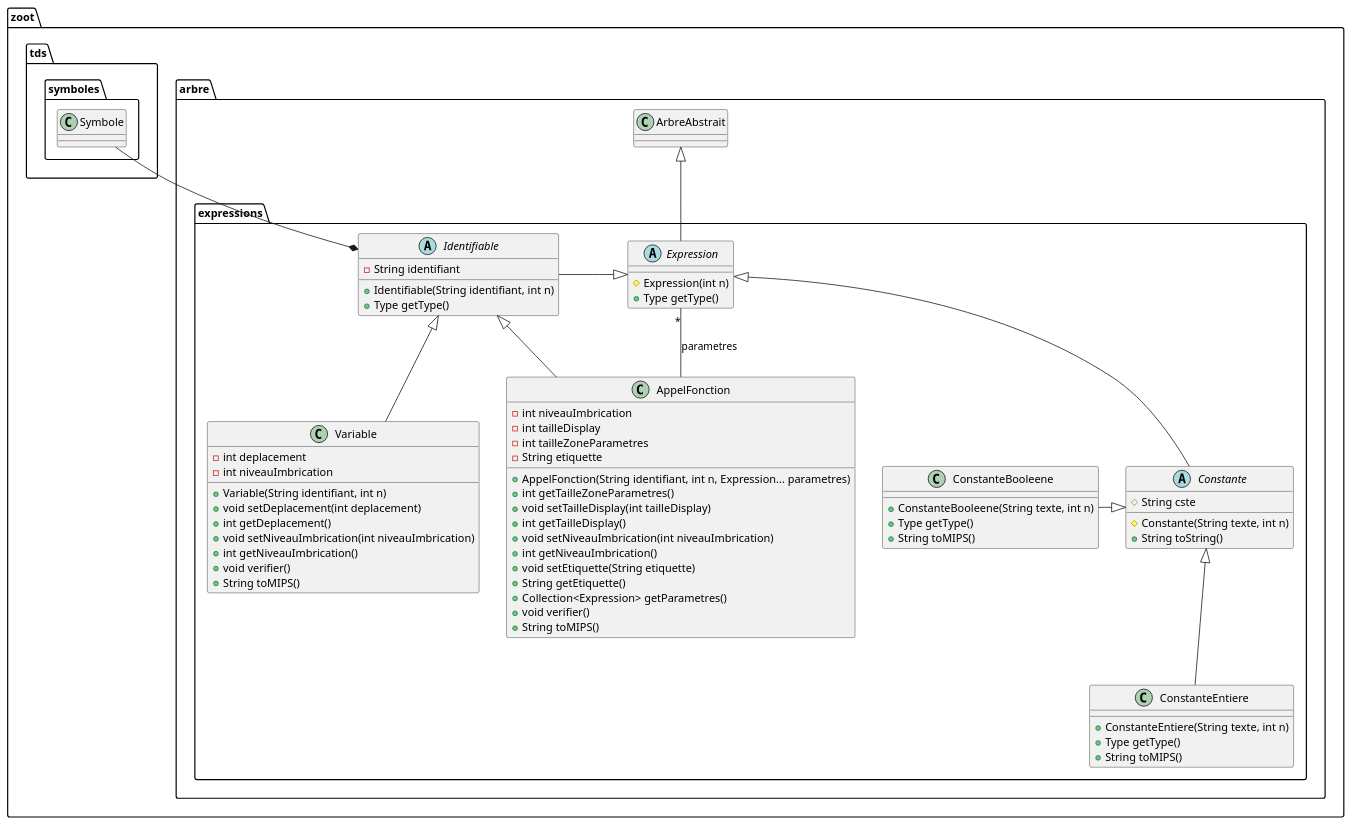
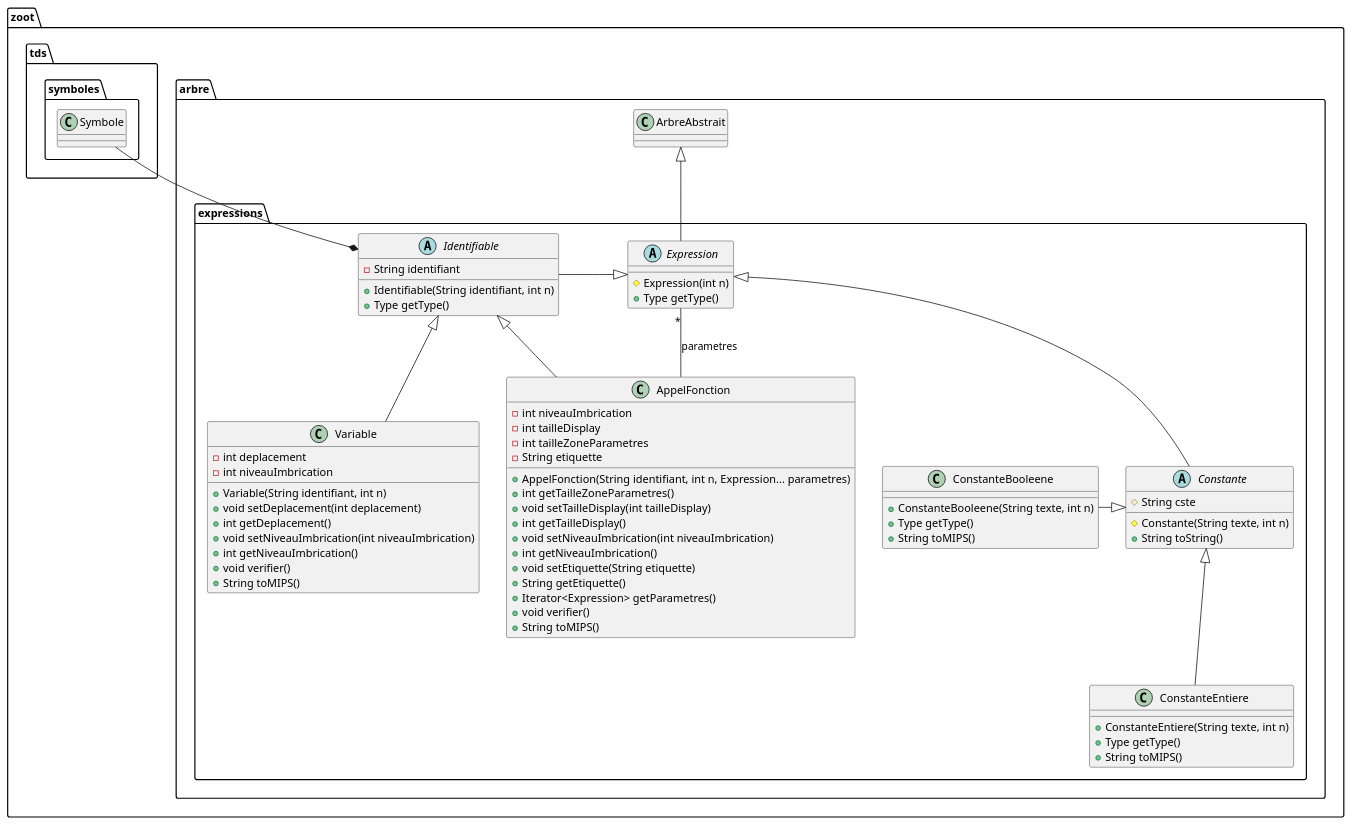
Before and after one commit to lmtb06/zoot: the diagram in diagrammes/classe/expressions.puml, drawn with PlantUML. The commit also changed 4 other files, not shown here.

```diff
--- a/diagrammes/classe/expressions.puml
+++ b/diagrammes/classe/expressions.puml
@@ -1,75 +1,75 @@
 @startuml "Package expressions"
 namespace zoot.arbre.expressions {
     ' Includes
     ' Classes
     abstract class Expression {
         # Expression(int n)
         + Type getType()
     }
 
     abstract class Constante {
         # String cste
         # Constante(String texte, int n)
         + String toString()
     }
 
     class ConstanteEntiere {
         + ConstanteEntiere(String texte, int n)
         + Type getType()
         + String toMIPS()
     }
 
     class ConstanteBooleene {
         + ConstanteBooleene(String texte, int n)
         + Type getType()
         + String toMIPS()
 
     }
 
     abstract class Identifiable {
         - String identifiant
         + Identifiable(String identifiant, int n)
         + Type getType()
     }
 
     class Variable {
         - int deplacement
         - int niveauImbrication
         + Variable(String identifiant, int n)
         + void setDeplacement(int deplacement)
         + int getDeplacement()
         + void setNiveauImbrication(int niveauImbrication)
         + int getNiveauImbrication()
         + void verifier()
         + String toMIPS()
     }
 
     class AppelFonction {
         - int niveauImbrication
         - int tailleDisplay
         - int tailleZoneParametres
         - String etiquette
         + AppelFonction(String identifiant, int n, Expression... parametres)
         + int getTailleZoneParametres()
         + void setTailleDisplay(int tailleDisplay)
         + int getTailleDisplay()
         + void setNiveauImbrication(int niveauImbrication)
         + int getNiveauImbrication()
         + void setEtiquette(String etiquette)
         + String getEtiquette()
-        + Collection<Expression> getParametres()
+        + Iterator<Expression> getParametres()
         + void verifier()
         + String toMIPS()
     }
     ' Relations entre les classes
     Expression -up-|> zoot.arbre.ArbreAbstrait
     Constante -up-|> Expression
     ConstanteEntiere -up-|> Constante
     ConstanteBooleene -right-|> Constante
     Identifiable *-up- zoot.tds.symboles.Symbole
     Identifiable -left-|> Expression
     Variable -up-|> Identifiable
     AppelFonction -left-|> Identifiable
     AppelFonction --"*" Expression : parametres
 }
 @enduml
```
